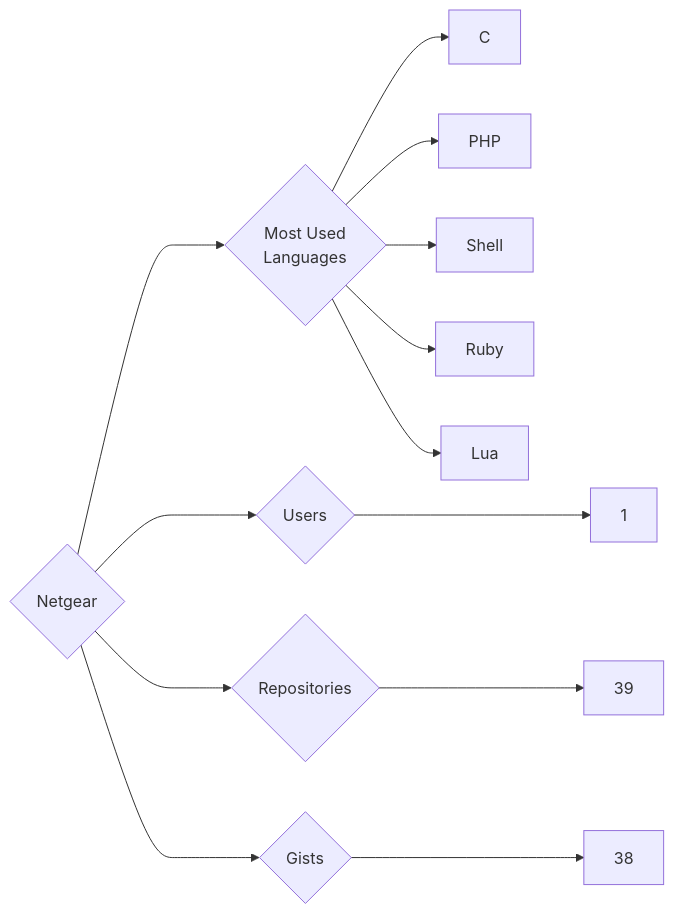
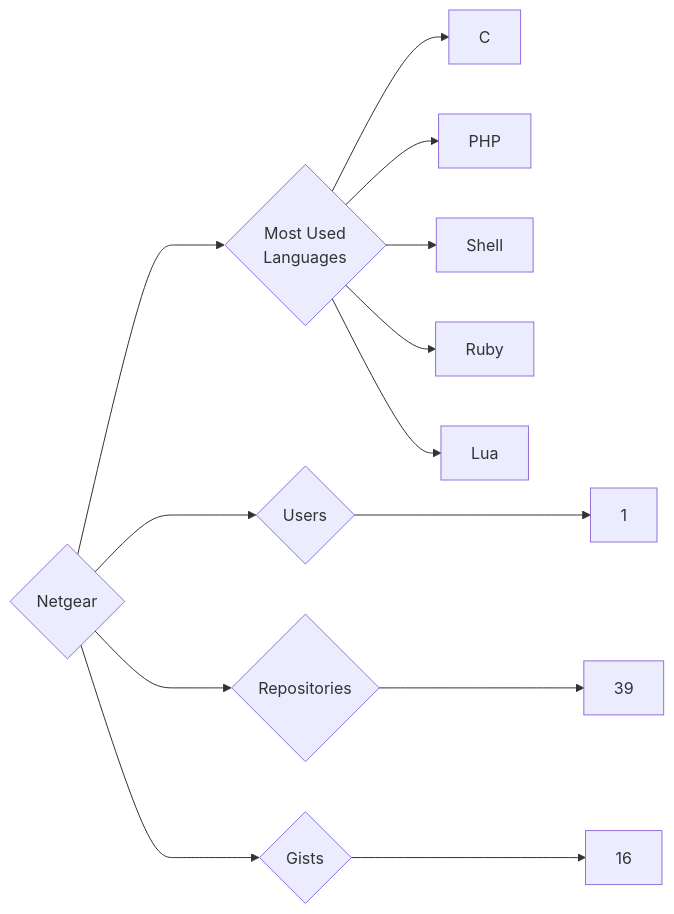
One commit to trickest/insiders changed the diagram in targets/Netgear/README.md. Above: the diagram before and after it, drawn with Mermaid. The commit also changed 948 other files, not shown here.

````diff
--- a/targets/Netgear/README.md
+++ b/targets/Netgear/README.md
@@ -3,13 +3,13 @@
 ```mermaid
 graph LR
 COMPANY_NAME{Netgear}
 COMPANY_NAME ---> U{Users} ---> UN[1]
 COMPANY_NAME ---> R{Repositories} ---> RN[39]
-COMPANY_NAME ---> G{Gists} ---> GN[38]
+COMPANY_NAME ---> G{Gists} ---> GN[16]
 COMPANY_NAME ---> ML{Most Used<br>Languages}
 ML --> C[C]
 ML --> PHP[PHP]
 ML --> Shell[Shell]
 ML --> Ruby[Ruby]
 ML --> Lua[Lua]
 ```
````
